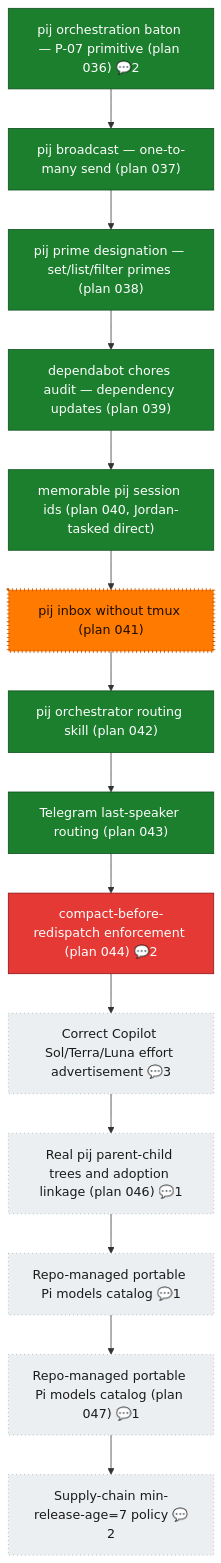
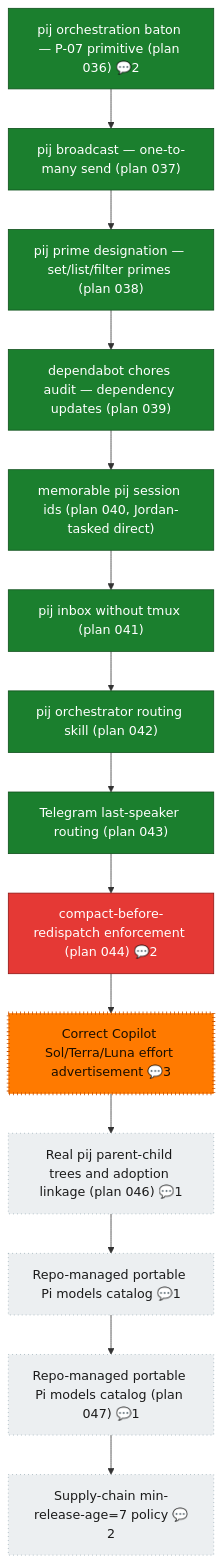
The diagram in government/prime-flow.md (vaughanknight/pij), drawn with Mermaid before and after one commit. The commit also changed other lines of this file and 4 other files, not shown here.

````diff
--- a/government/prime-flow.md
+++ b/government/prime-flow.md
@@ -8,25 +8,25 @@
 ```mermaid
 flowchart TD
     wi_036["pij orchestration baton — P-07 primitive (plan 036) 💬2"]:::done
     wi_037["pij broadcast — one-to-many send (plan 037)"]:::done
     wi_038["pij prime designation — set/list/filter primes (plan 038)"]:::done
     wi_039["dependabot chores audit — dependency updates (plan 039)"]:::done
     wi_040["memorable pij session ids (plan 040, Jordan-tasked direct)"]:::done
-    wi_041["pij inbox without tmux (plan 041)"]:::unknown
+    wi_041["pij inbox without tmux (plan 041)"]:::done
     wi_042["pij orchestrator routing skill (plan 042)"]:::done
     wi_043["Telegram last-speaker routing (plan 043)"]:::done
     wi_044["compact-before-redispatch enforcement (plan 044) 💬2"]:::blocked
     wi_copilot_effort_advertisement["Correct Copilot Sol/Terra/Luna effort advertisement 💬3"]:::unknown
     wi_046["Real pij parent-child trees and adoption linkage (plan 046) 💬1"]:::unknown
     wi_portable_models_config["Repo-managed portable Pi models catalog 💬1"]:::unknown
     wi_047["Repo-managed portable Pi models catalog (plan 047) 💬1"]:::unknown
     wi_min_release_age["Supply-chain min-release-age=7 policy 💬2"]:::unknown
 
     wi_036 --> wi_037 --> wi_038 --> wi_039 --> wi_040 --> wi_041 --> wi_042 --> wi_043 --> wi_044 --> wi_copilot_effort_advertisement --> wi_046 --> wi_portable_models_config --> wi_047 --> wi_min_release_age
 
     classDef done fill:#1B7F2E,stroke:#0F4F1B,color:#fff;
     classDef blocked fill:#E53935,stroke:#8E1513,color:#fff;
     classDef unknown fill:#ECEFF1,stroke:#90A4AE,color:#1a1a1a,stroke-dasharray:1 4;
     classDef current fill:#FF7A00,stroke:#C24E00,color:#1a0e00,stroke-width:4px;
-    class wi_041 current;
+    class wi_copilot_effort_advertisement current;
 ```
````
